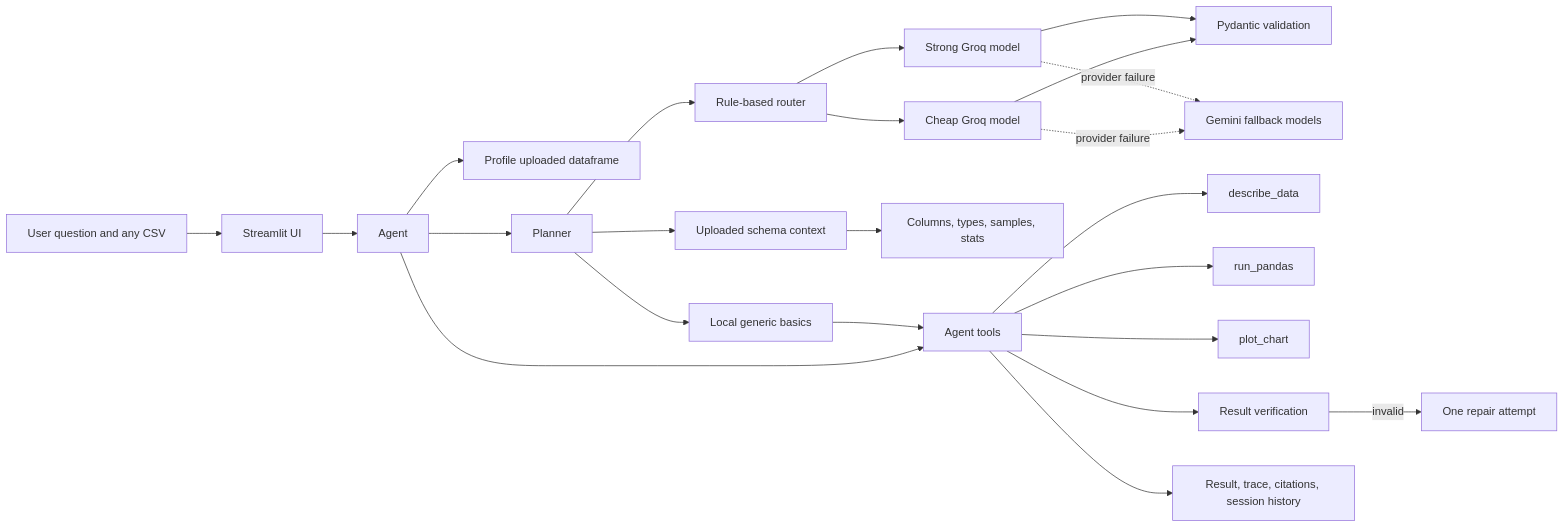
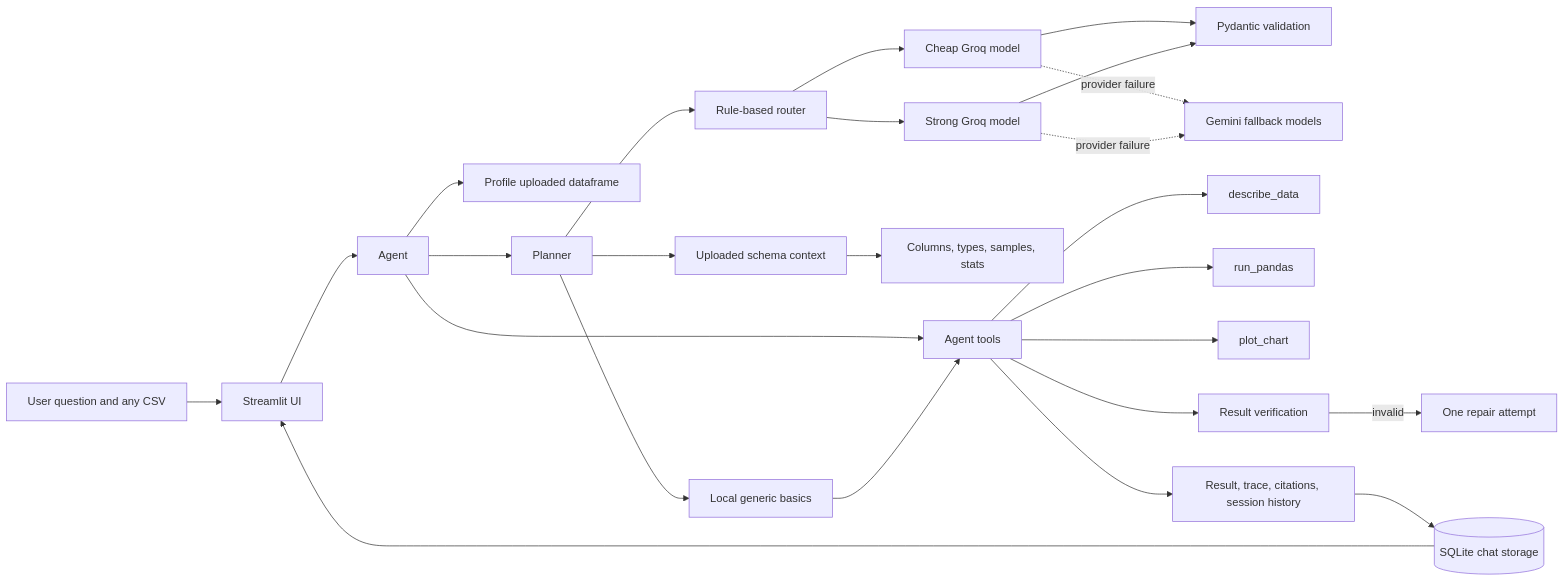
One commit to astroelaa/data-analyst-copilot changed the diagram in README.md. Above: the diagram before and after it, drawn with Mermaid. The commit also changed other lines of this file and 7 other files, not shown here.

````diff
--- a/README.md
+++ b/README.md
@@ -71,25 +72,27 @@
 ```mermaid
 flowchart LR
     U[User question and any CSV] --> UI[Streamlit UI]
     UI --> A[Agent]
     A --> D[Profile uploaded dataframe]
     A --> P[Planner]
     P --> L[Local generic basics]
     P --> R[Rule-based router]
     R --> C[Cheap Groq model]
     R --> S[Strong Groq model]
     C --> V[Pydantic validation]
     S --> V
     C -. provider failure .-> G[Gemini fallback models]
     S -. provider failure .-> G
     P --> D1[Uploaded schema context]
     D1 --> E[Columns, types, samples, stats]
     A --> T[Agent tools]
     T --> DP[describe_data]
     T --> RP[run_pandas]
     T --> PC[plot_chart]
     T --> Q[Result verification]
     Q -->|invalid| X[One repair attempt]
     L --> T
     T --> O[Result, trace, citations, session history]
+    O --> DB[(SQLite chat storage)]
+    DB --> UI
 ```
````
